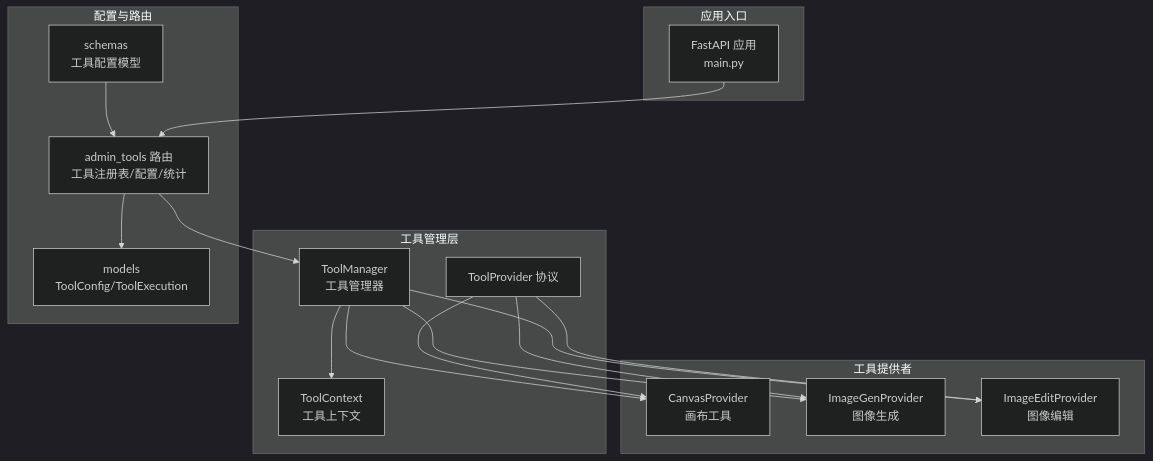
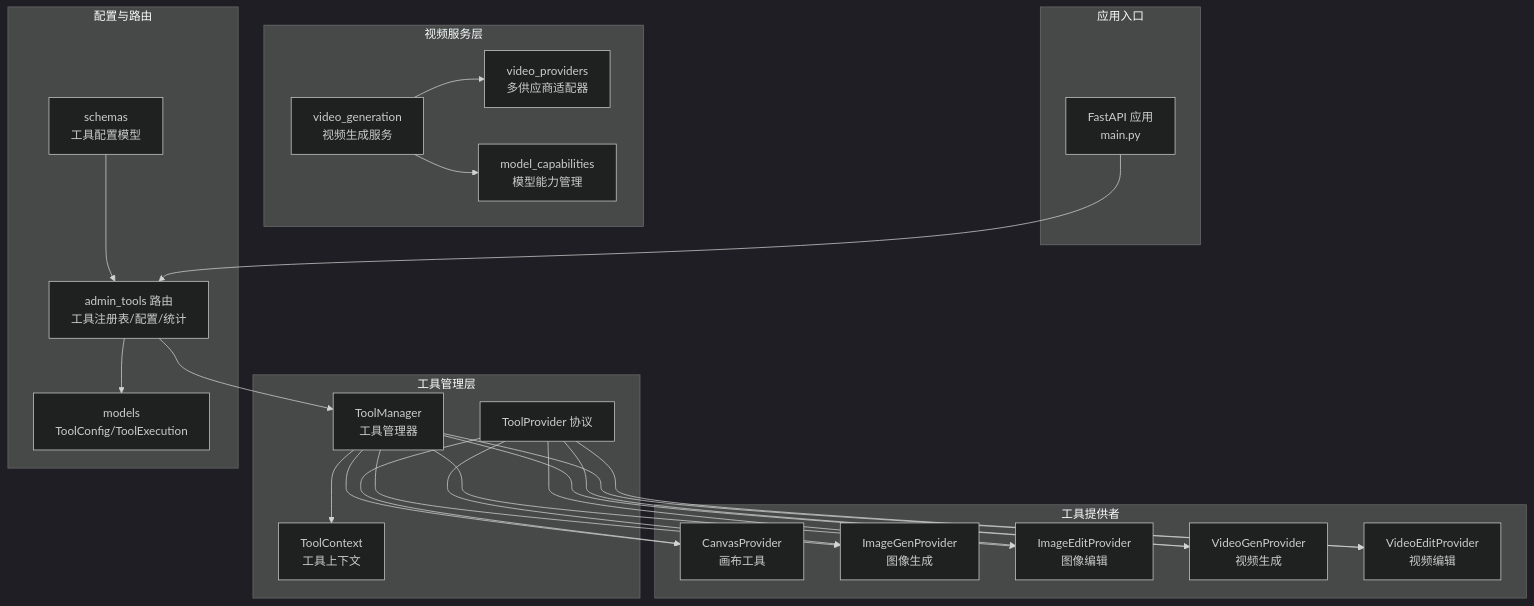
The first of 5 diagrams in .qoder/repowiki/zh/content/后端服务架构/业务服务层/工具管理系统/全局工具配置系统.md (KunLabAI/KunFlix), drawn with Mermaid (dark theme) before and after one commit. The commit also changed other lines of this file and 29 other files, not shown here.

````diff
--- a/.qoder/repowiki/zh/content/后端服务架构/业务服务层/工具管理系统/全局工具配置系统.md
+++ b/.qoder/repowiki/zh/content/后端服务架构/业务服务层/工具管理系统/全局工具配置系统.md
@@ -42,32 +56,45 @@
 ```mermaid
 graph TB
 subgraph "工具管理层"
 TM["ToolManager<br/>工具管理器"]
 CTX["ToolContext<br/>工具上下文"]
 TP["ToolProvider 协议"]
 end
 subgraph "工具提供者"
 CP["CanvasProvider<br/>画布工具"]
 IG["ImageGenProvider<br/>图像生成"]
 IE["ImageEditProvider<br/>图像编辑"]
+VG["VideoGenProvider<br/>视频生成"]
+VED["VideoEditProvider<br/>视频编辑"]
 end
 subgraph "配置与路由"
 RT["admin_tools 路由<br/>工具注册表/配置/统计"]
 SC["schemas<br/>工具配置模型"]
 MD["models<br/>ToolConfig/ToolExecution"]
+end
+subgraph "视频服务层"
+VS["video_generation<br/>视频生成服务"]
+VP["video_providers<br/>多供应商适配器"]
+MC["model_capabilities<br/>模型能力管理"]
 end
 subgraph "应用入口"
 APP["FastAPI 应用<br/>main.py"]
 end
 TM --> CP
 TM --> IG
 TM --> IE
+TM --> VG
+TM --> VED
 TM --> CTX
 TP --> CP
 TP --> IG
 TP --> IE
+TP --> VG
+TP --> VED
 RT --> TM
 RT --> MD
 SC --> RT
 APP --> RT
+VS --> VP
+VS --> MC
 ```
````
